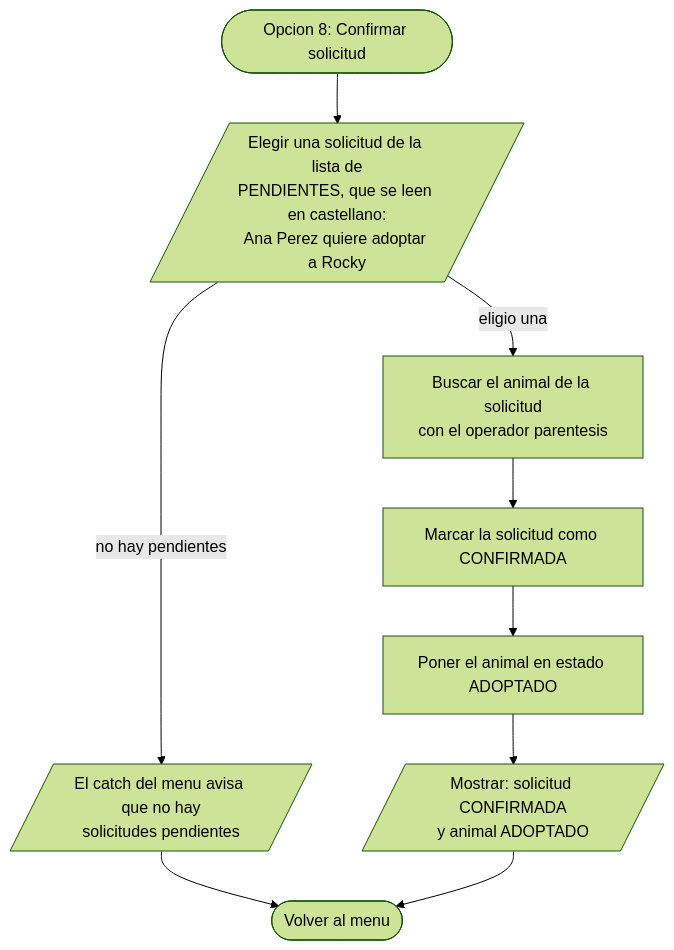
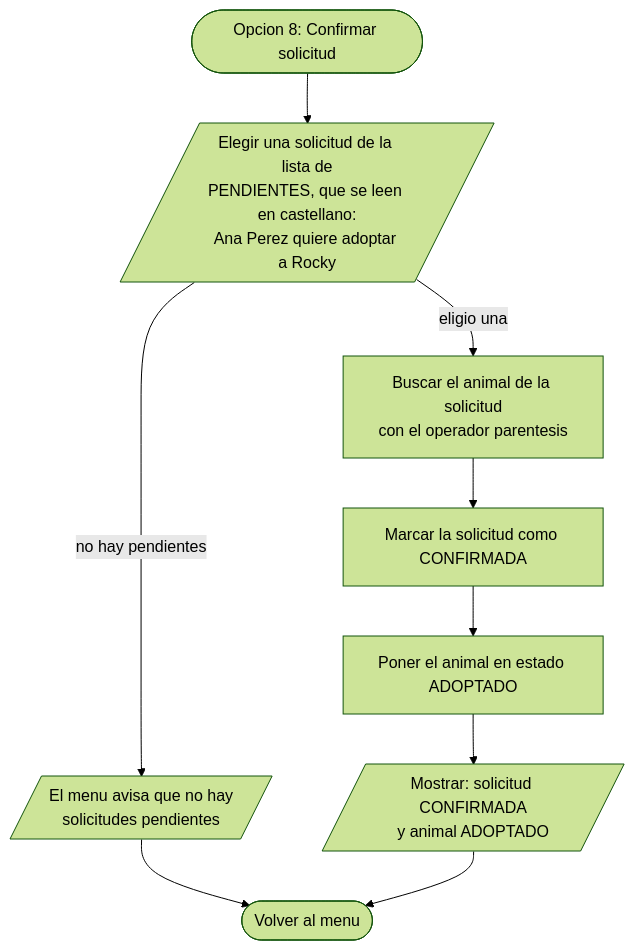
Before and after one commit to tobiastardivo/REFUGIO: diagram 11 of 18 in DIAGRAMAS.md, drawn with Mermaid (forest theme). The commit also changed other lines of this file and 7 other files, not shown here.

````diff
--- a/DIAGRAMAS.md
+++ b/DIAGRAMAS.md
@@ -384,15 +394,15 @@
 ```mermaid
 flowchart TD
     INI(["Opcion 8: Confirmar solicitud"])
     ELIGE[/"Elegir una solicitud de la lista de<br/>PENDIENTES, que se leen en castellano:<br/>Ana Perez quiere adoptar a Rocky"/]
     BUSCA["Buscar el animal de la solicitud<br/>con el operador parentesis"]
     CONF["Marcar la solicitud como CONFIRMADA"]
     ADOPT["Poner el animal en estado ADOPTADO"]
     OK[/"Mostrar: solicitud CONFIRMADA<br/>y animal ADOPTADO"/]
-    CATCH[/"El catch del menu avisa que no hay<br/>solicitudes pendientes"/]
+    CATCH[/"El menu avisa que no hay<br/>solicitudes pendientes"/]
     FIN(["Volver al menu"])
 
     INI --> ELIGE
     ELIGE -->|"no hay pendientes"| CATCH --> FIN
     ELIGE -->|"eligio una"| BUSCA --> CONF --> ADOPT --> OK --> FIN
 ```
````
